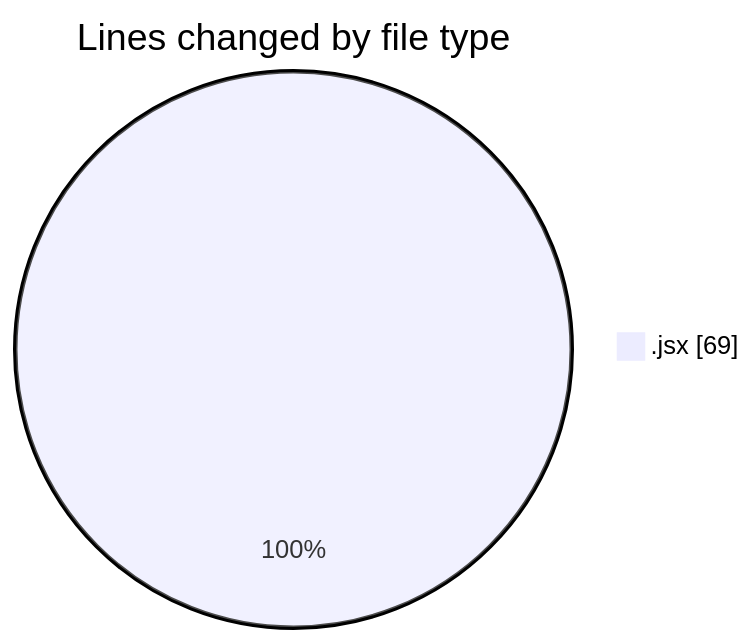
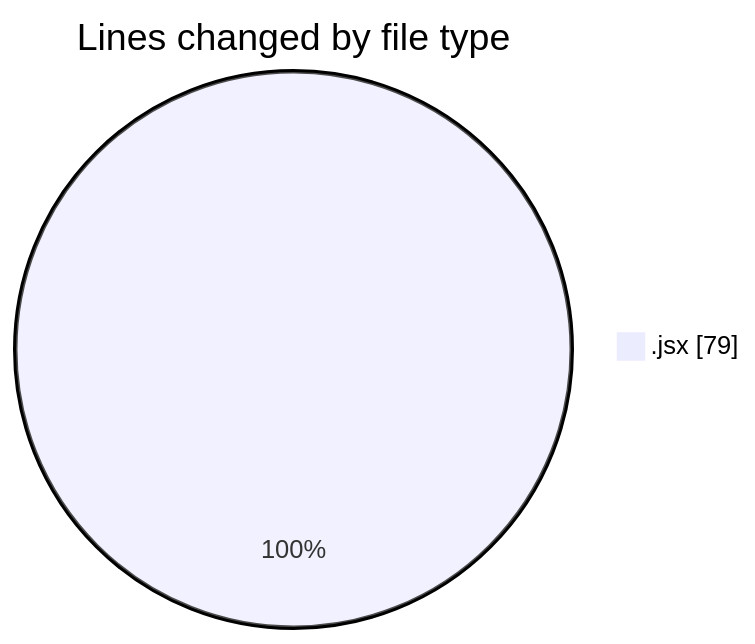
The first of 2 diagrams in 2025-05-16/argos-dev/README.md (nxtqubesakshisongat/code-tracking), drawn with Mermaid before and after one commit. The commit also changed other lines of this file and 1 other file, not shown here.

````diff
--- a/2025-05-16/argos-dev/README.md
+++ b/2025-05-16/argos-dev/README.md
@@ -20,5 +20,5 @@
 ```mermaid
 pie showData
 title Lines changed by file type
-".jsx" : 69
+".jsx" : 79
 ```
````
